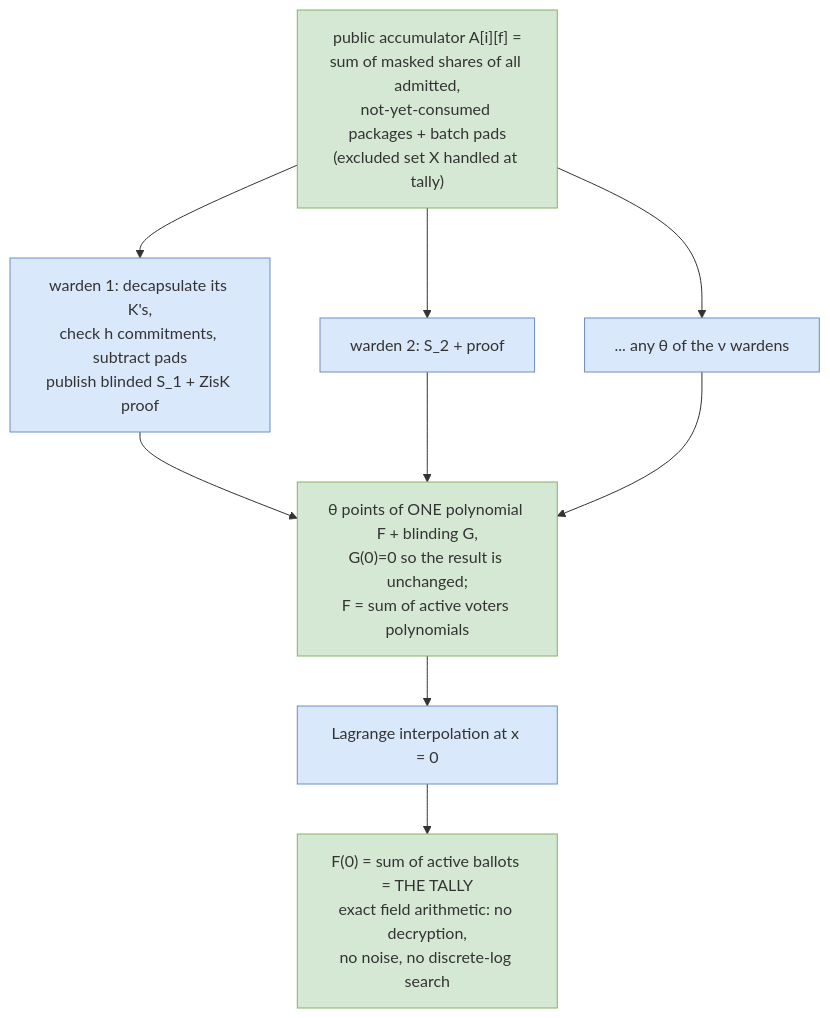
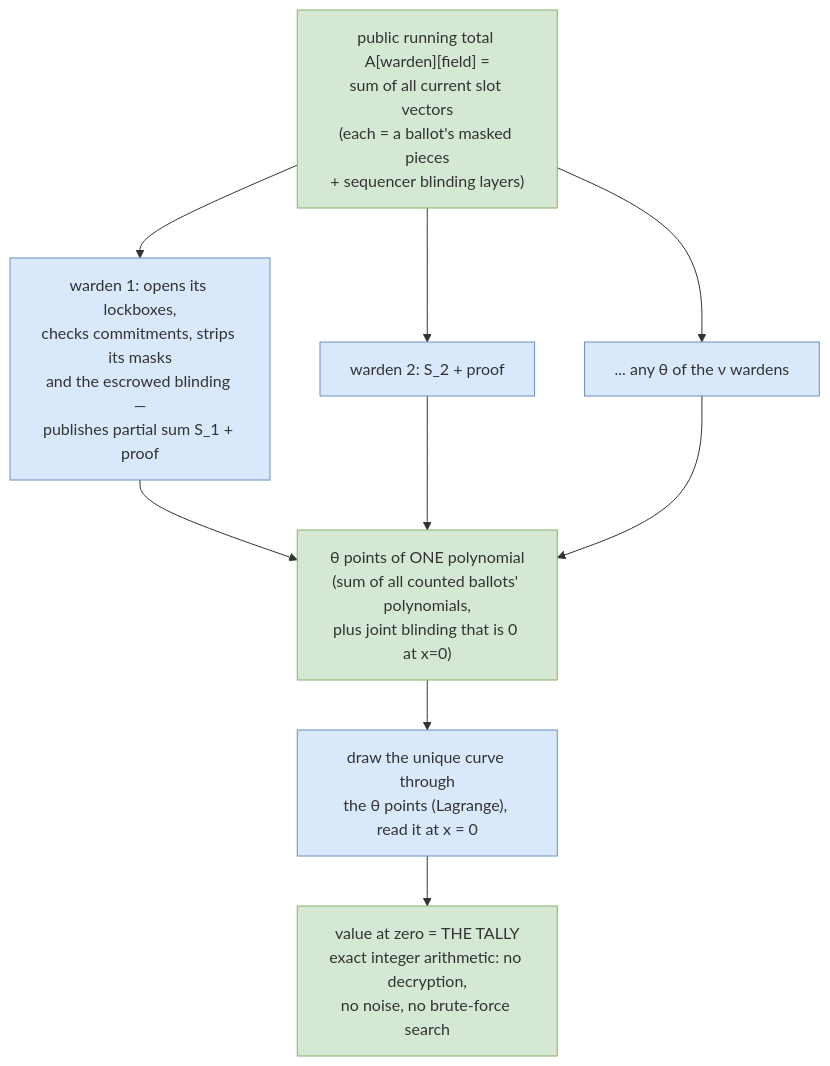
One commit to vocdoni/davinci-paper changed the diagram in v3-pq/figures/src/tally-algebra.mmd. Above: the diagram before and after it, drawn with Mermaid. The commit also changed 12 other files, not shown here.

```diff
--- a/v3-pq/figures/src/tally-algebra.mmd
+++ b/v3-pq/figures/src/tally-algebra.mmd
@@ -1,12 +1,12 @@
 flowchart TD
   classDef pub fill:#d5e8d4,stroke:#82b366;
   classDef op fill:#dae8fc,stroke:#6c8ebf;
-  A["public accumulator A[i][f] =<br/>sum of masked shares of all admitted,<br/>not-yet-consumed packages + batch pads<br/>(excluded set X handled at tally)"]:::pub
-  A --> W1["warden 1: decapsulate its K's,<br/>check h commitments, subtract pads<br/>publish blinded S_1 + ZisK proof"]:::op
+  A["public running total A[warden][field] =<br/>sum of all current slot vectors<br/>(each = a ballot's masked pieces<br/>+ sequencer blinding layers)"]:::pub
+  A --> W1["warden 1: opens its lockboxes,<br/>checks commitments, strips its masks<br/>and the escrowed blinding —<br/>publishes partial sum S_1 + proof"]:::op
   A --> W2["warden 2: S_2 + proof"]:::op
   A --> W3["... any θ of the ν wardens"]:::op
-  W1 --> P["θ points of ONE polynomial F + blinding G,<br/>G(0)=0 so the result is unchanged;<br/>F = sum of active voters polynomials"]:::pub
+  W1 --> P["θ points of ONE polynomial<br/>(sum of all counted ballots' polynomials,<br/>plus joint blinding that is 0 at x=0)"]:::pub
   W2 --> P
   W3 --> P
-  P --> L["Lagrange interpolation at x = 0"]:::op
-  L --> T["F(0) = sum of active ballots = THE TALLY<br/>exact field arithmetic: no decryption,<br/>no noise, no discrete-log search"]:::pub
+  P --> L["draw the unique curve through<br/>the θ points (Lagrange), read it at x = 0"]:::op
+  L --> T["value at zero = THE TALLY<br/>exact integer arithmetic: no decryption,<br/>no noise, no brute-force search"]:::pub
```
